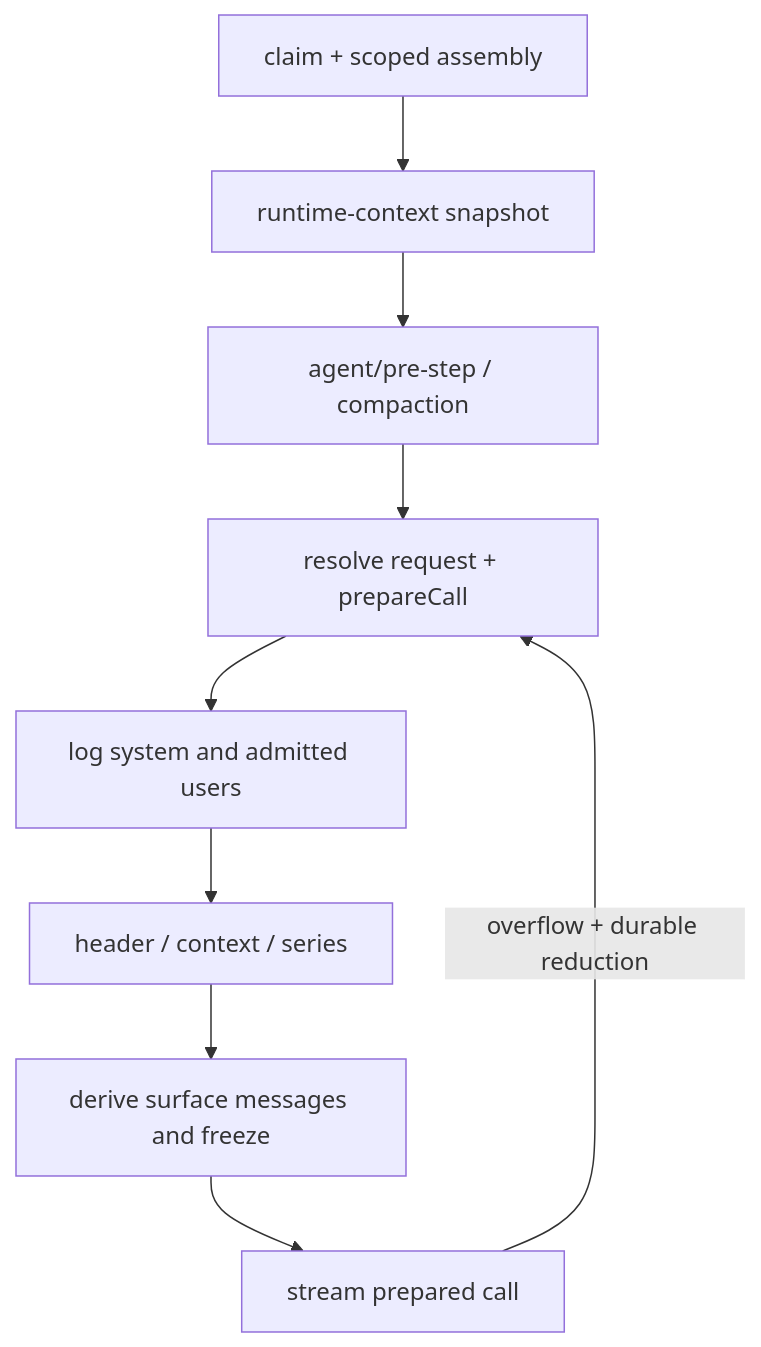
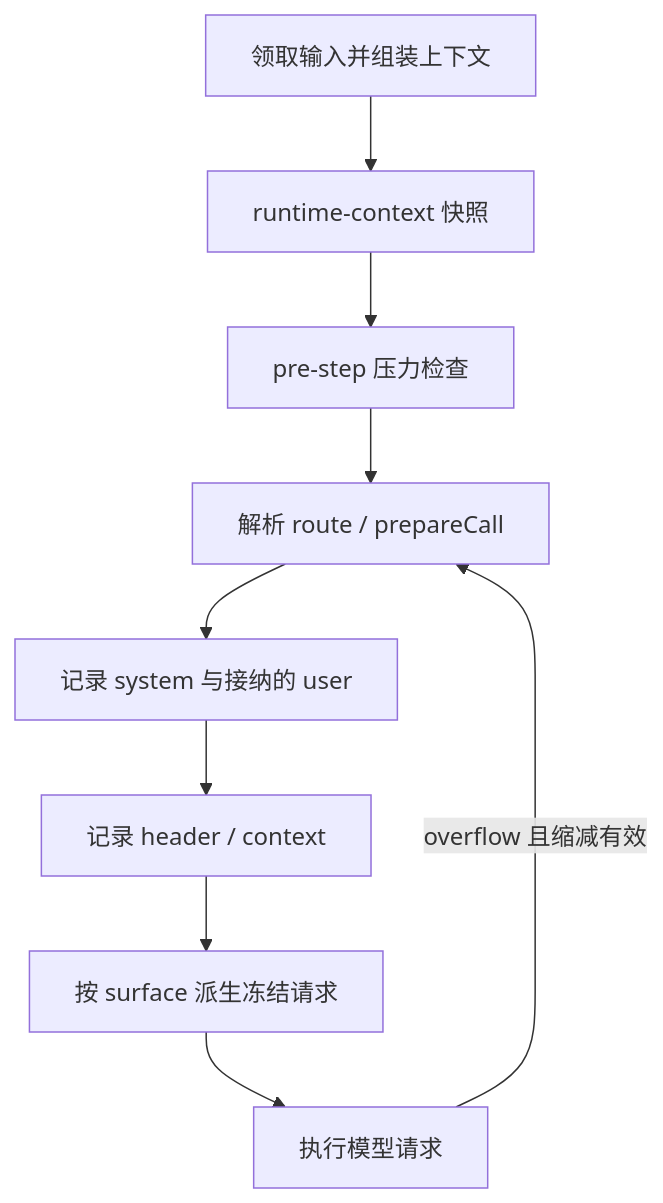
The diagram in how-dsh-works/05-compaction-and-context-assembly.md (eriklee1895/hands-on-dsh), drawn with Mermaid before and after one commit. The commit also changed other lines of this file and 86 other files, not shown here.

Commit message:
docs: improve course narrative, technical guidance, and diagrams

````diff
--- a/how-dsh-works/05-compaction-and-context-assembly.md
+++ b/how-dsh-works/05-compaction-and-context-assembly.md
@@ -25,11 +17,11 @@
 ```mermaid
 flowchart TD
-    A["claim + scoped assembly"] --> B["runtime-context snapshot"]
-    B --> C["agent/pre-step / compaction"]
-    C --> D["resolve request + prepareCall"]
-    D --> E["log system and admitted users"]
-    E --> H["header / context / series"]
-    H --> F["derive surface messages and freeze"]
-    F --> G["stream prepared call"]
-    G -->|"overflow + durable reduction"| D
+    A["领取输入并组装上下文"] --> B["runtime-context 快照"]
+    B --> C["pre-step 压力检查"]
+    C --> D["解析 route / prepareCall"]
+    D --> E["记录 system 与接纳的 user"]
+    E --> H["记录 header / context"]
+    H --> F["按 surface 派生冻结请求"]
+    F --> G["执行模型请求"]
+    G -->|"overflow 且缩减有效"| D
 ```
````
